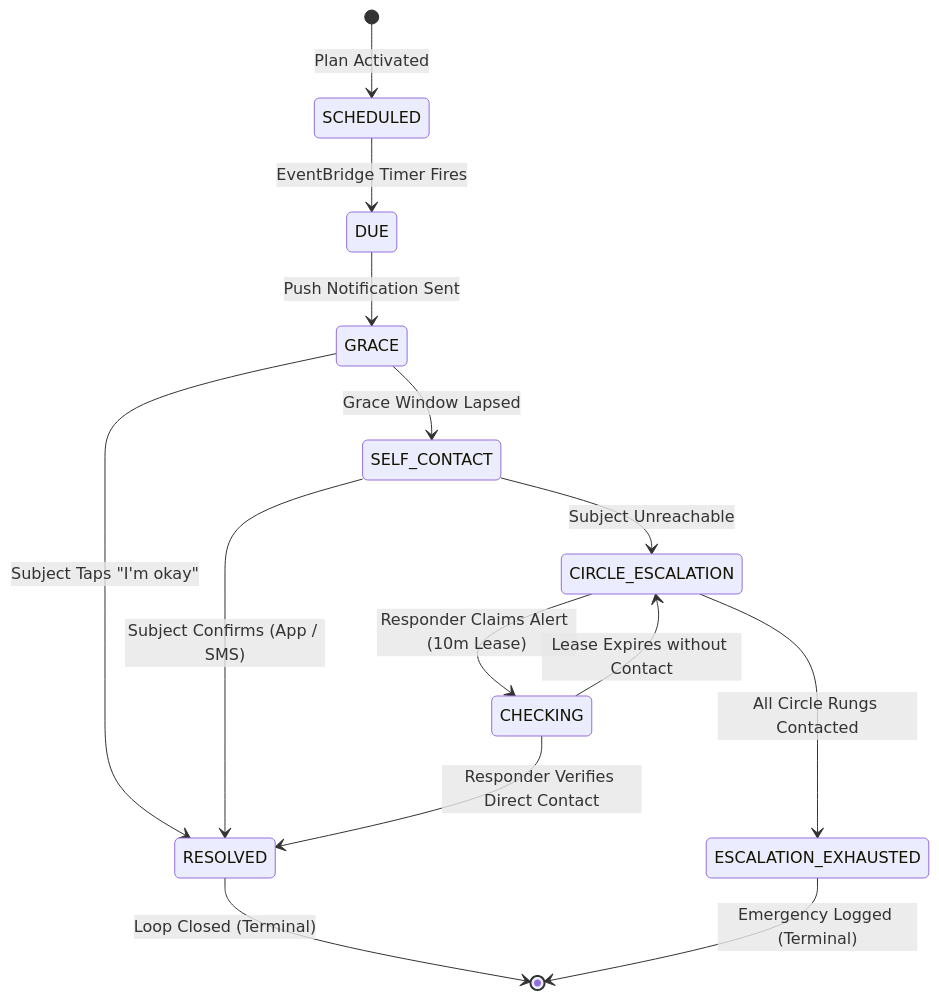
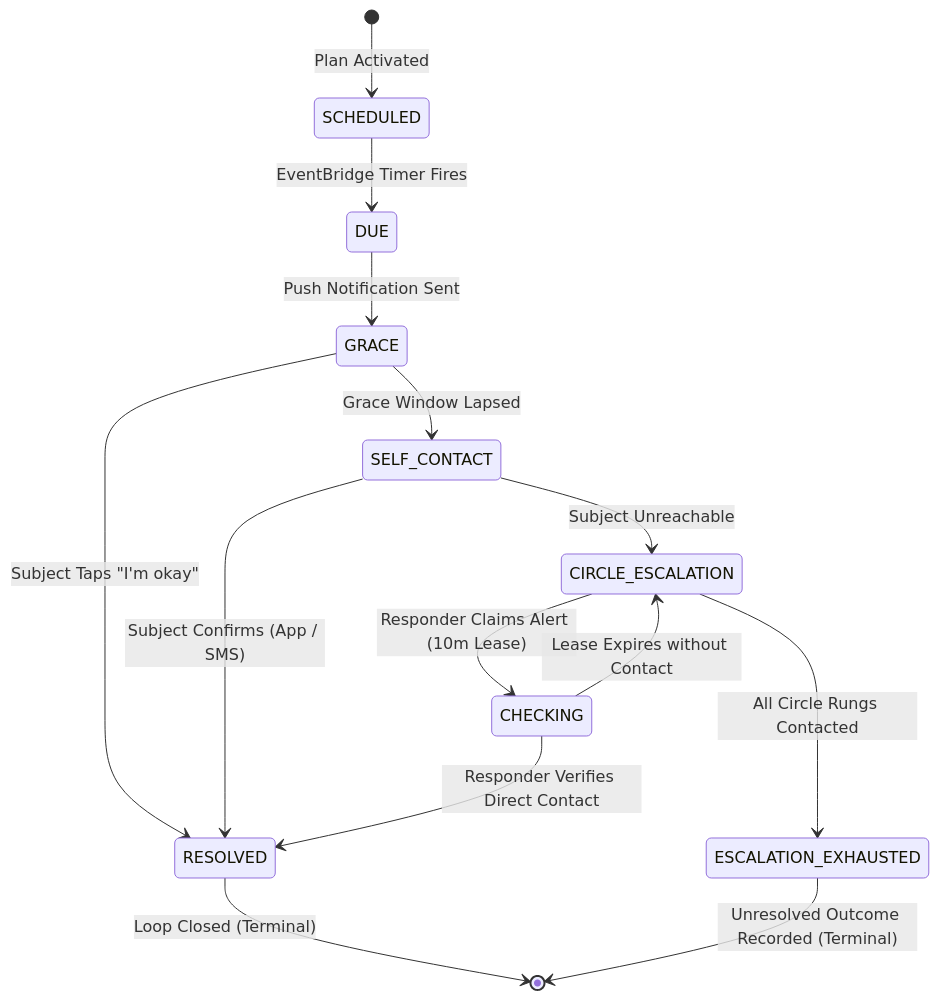
Before and after one commit to AmirmLotfy/incaseof: the second of 2 diagrams in README.md, drawn with Mermaid. The commit also changed other lines of this file and 23 other files, not shown here.

````diff
--- a/README.md
+++ b/README.md
@@ -146,18 +146,18 @@
 ```mermaid
 stateDiagram-v2
     [*] --> SCHEDULED: Plan Activated
     SCHEDULED --> DUE: EventBridge Timer Fires
     DUE --> GRACE: Push Notification Sent
     GRACE --> RESOLVED: Subject Taps "I'm okay"
     GRACE --> SELF_CONTACT: Grace Window Lapsed
     SELF_CONTACT --> RESOLVED: Subject Confirms (App / SMS)
     SELF_CONTACT --> CIRCLE_ESCALATION: Subject Unreachable
 
     CIRCLE_ESCALATION --> CHECKING: Responder Claims Alert (10m Lease)
     CHECKING --> RESOLVED: Responder Verifies Direct Contact
     CHECKING --> CIRCLE_ESCALATION: Lease Expires without Contact
 
     CIRCLE_ESCALATION --> ESCALATION_EXHAUSTED: All Circle Rungs Contacted
     RESOLVED --> [*]: Loop Closed (Terminal)
-    ESCALATION_EXHAUSTED --> [*]: Emergency Logged (Terminal)
+    ESCALATION_EXHAUSTED --> [*]: Unresolved Outcome Recorded (Terminal)
 ```
````
